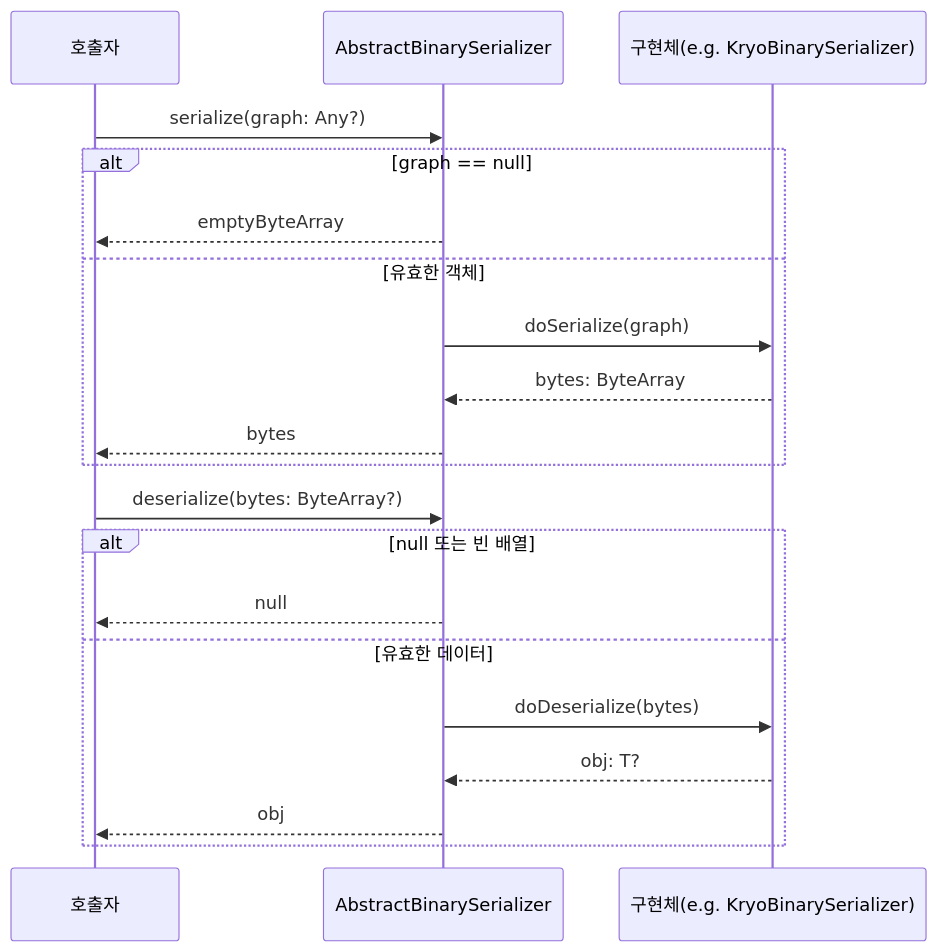
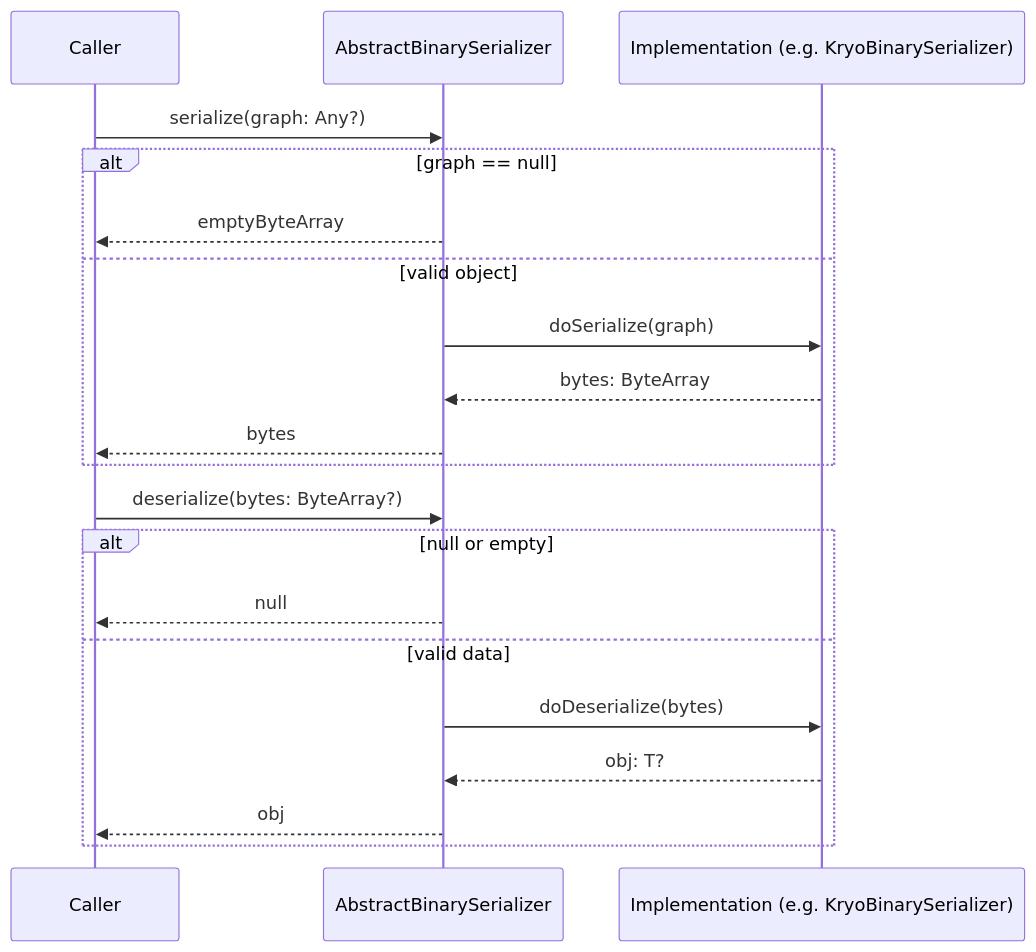
One commit to bluetape4k/bluetape4k-projects changed the fourth of 4 diagrams in io/io/README.md. Above: the diagram before and after it, drawn with Mermaid. The commit also changed other lines of this file and 265 other files, not shown here.

````diff
--- a/io/io/README.md
+++ b/io/io/README.md
@@ -545,24 +544,24 @@
 ```mermaid
 sequenceDiagram
-    participant C as 호출자
+    participant C as Caller
     participant ABS as AbstractBinarySerializer
-    participant Impl as 구현체(e.g. KryoBinarySerializer)
+    participant Impl as Implementation (e.g. KryoBinarySerializer)
 
     C->>ABS: serialize(graph: Any?)
     alt graph == null
         ABS-->>C: emptyByteArray
-    else 유효한 객체
+    else valid object
         ABS->>Impl: doSerialize(graph)
         Impl-->>ABS: bytes: ByteArray
         ABS-->>C: bytes
     end
 
     C->>ABS: deserialize(bytes: ByteArray?)
-    alt null 또는 빈 배열
+    alt null or empty
         ABS-->>C: null
-    else 유효한 데이터
+    else valid data
         ABS->>Impl: doDeserialize(bytes)
         Impl-->>ABS: obj: T?
         ABS-->>C: obj
     end
 ```
````
